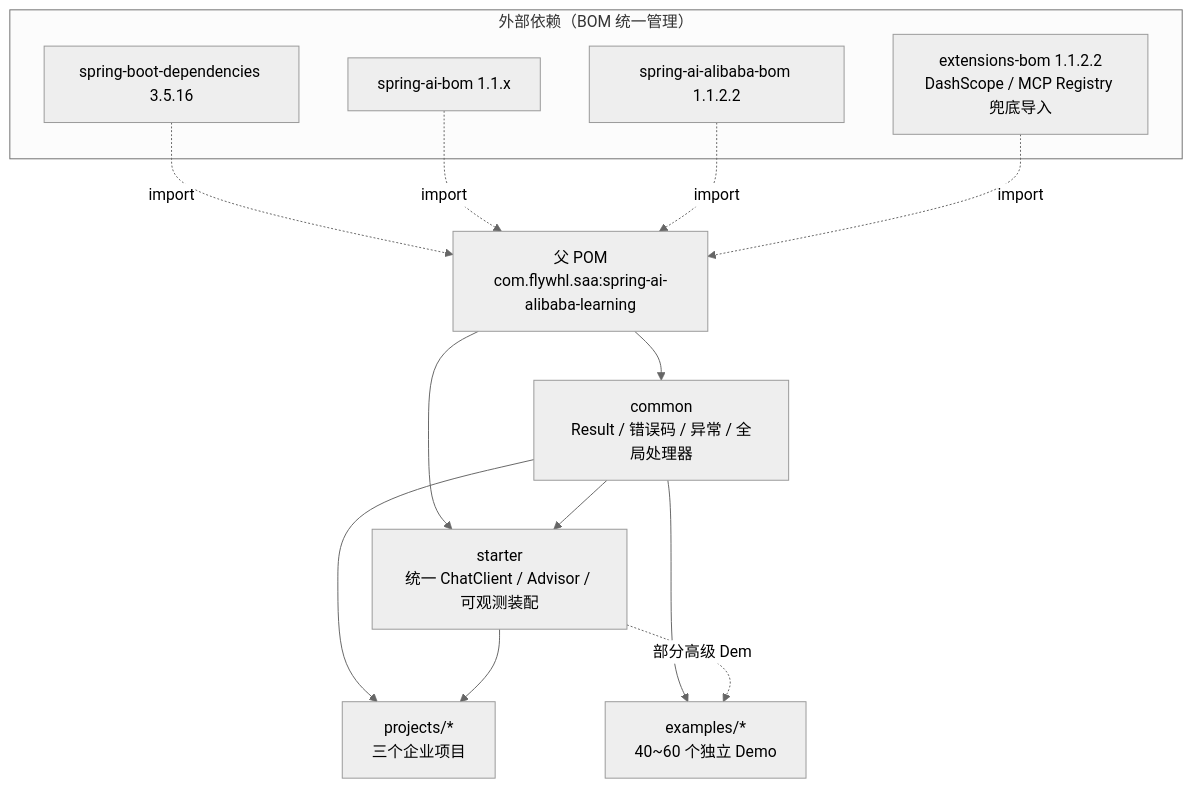
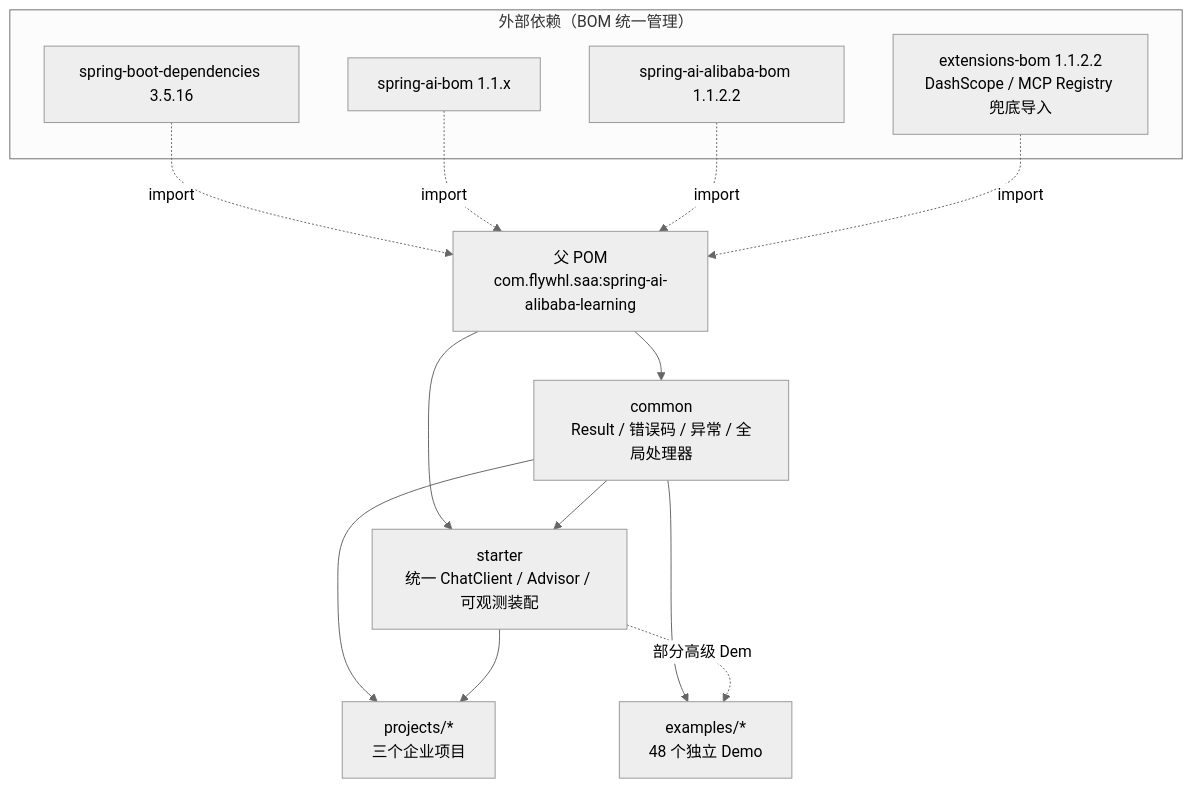
The first of 2 diagrams in docs/00-overview/03-总体架构与目录规划.md (flywhlway/spring-ai-alibaba-learning), drawn with Mermaid (neutral theme) before and after one commit. The commit also changed other lines of this file and 5 other files, not shown here.

````diff
--- a/docs/00-overview/03-总体架构与目录规划.md
+++ b/docs/00-overview/03-总体架构与目录规划.md
@@ -35,24 +35,24 @@
 ```mermaid
 flowchart TB
     subgraph external["外部依赖（BOM 统一管理）"]
         BOOT[spring-boot-dependencies 3.5.16]
         SAI[spring-ai-bom 1.1.x]
         SAA[spring-ai-alibaba-bom 1.1.2.2]
         EXT[extensions-bom 1.1.2.2<br/>DashScope / MCP Registry 兜底导入]
     end
 
     PARENT[父 POM<br/>com.flywhl.saa:spring-ai-alibaba-learning]
     COMMON[common<br/>Result / 错误码 / 异常 / 全局处理器]
     STARTER[starter<br/>统一 ChatClient / Advisor / 可观测装配]
-    EX[examples/*<br/>40~60 个独立 Demo]
+    EX[examples/*<br/>48 个独立 Demo]
     PJ[projects/*<br/>三个企业项目]
 
     BOOT & SAI & SAA & EXT -.import.-> PARENT
     PARENT --> COMMON
     PARENT --> STARTER
     COMMON --> STARTER
     COMMON --> EX
     COMMON --> PJ
     STARTER --> PJ
     STARTER -.部分高级 Demo.-> EX
 ```
````
